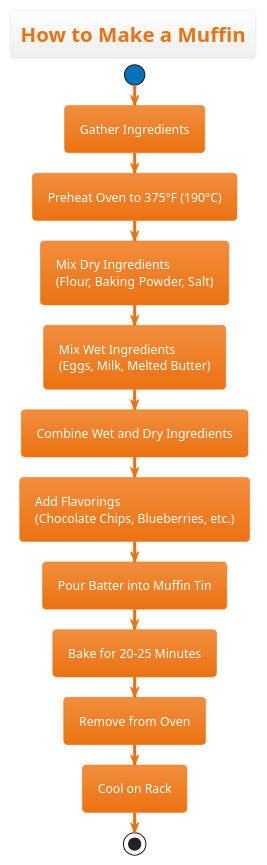
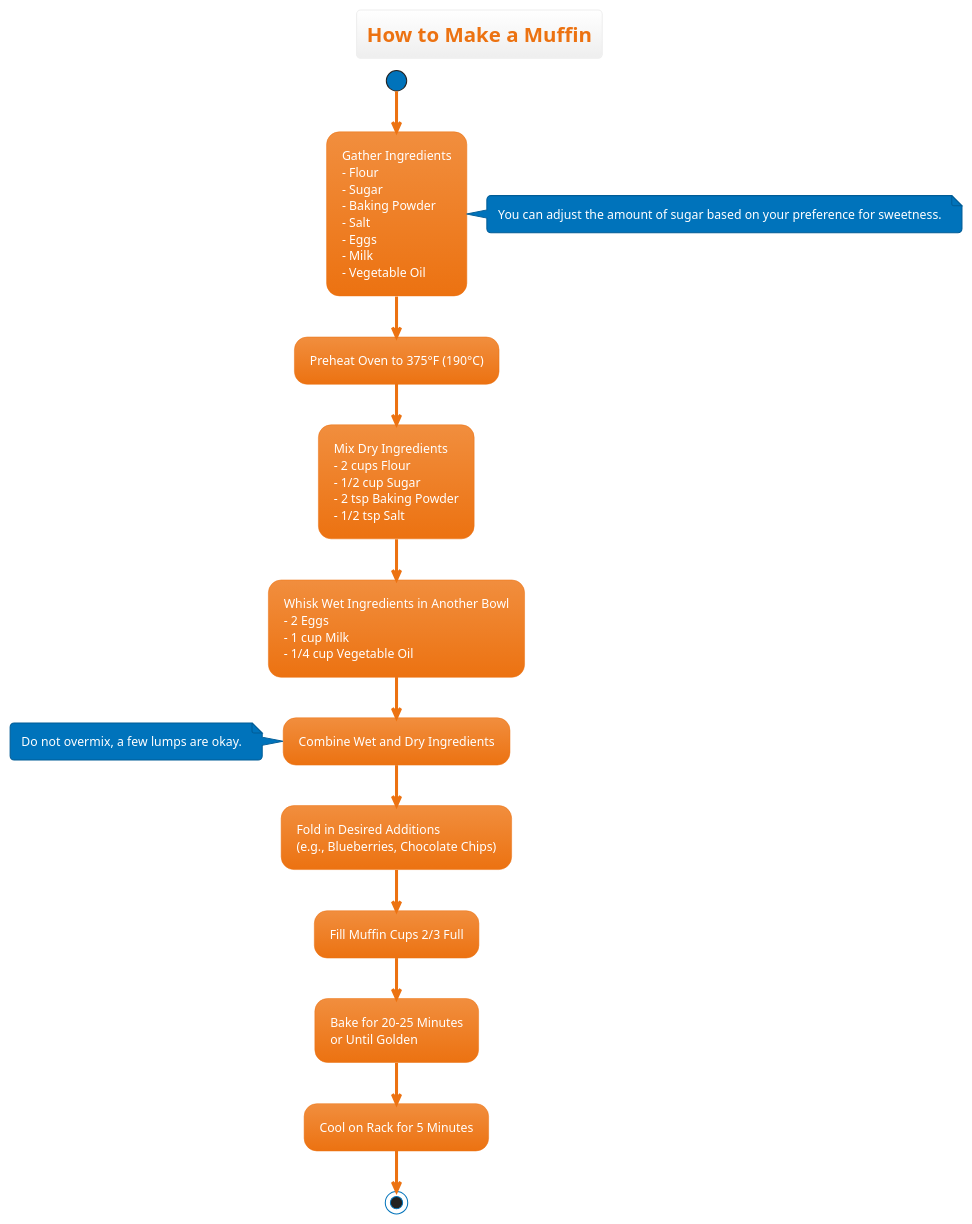
One commit to GrandPurpleOcelot/prompt_to_diagram changed the diagram in temp.puml. Above: the diagram before and after it, drawn with PlantUML. The commit also changed 1 other file, not shown here.

Commit message:
updated diagram_agent

```diff
--- a/temp.puml
+++ b/temp.puml
@@ -2,20 +2,34 @@
 @startuml
 !theme aws-orange
 
 title How to Make a Muffin
 
-start
+(*) --> "Gather Ingredients\n- Flour\n- Sugar\n- Baking Powder\n- Salt\n- Eggs\n- Milk\n- Vegetable Oil"
 
-:Gather Ingredients;
-:Preheat Oven to 375°F (190°C);
-:Mix Dry Ingredients\n(Flour, Baking Powder, Salt);
-:Mix Wet Ingredients\n(Eggs, Milk, Melted Butter);
-:Combine Wet and Dry Ingredients;
-:Add Flavorings\n(Chocolate Chips, Blueberries, etc.);
-:Pour Batter into Muffin Tin;
-:Bake for 20-25 Minutes;
-:Remove from Oven;
-:Cool on Rack;
-stop
+note right
+  You can adjust the amount of sugar based on your preference for sweetness.
+end note
+
+--> "Preheat Oven to 375°F (190°C)"
+
+--> "Mix Dry Ingredients\n- 2 cups Flour\n- 1/2 cup Sugar\n- 2 tsp Baking Powder\n- 1/2 tsp Salt"
+
+--> "Whisk Wet Ingredients in Another Bowl\n- 2 Eggs\n- 1 cup Milk\n- 1/4 cup Vegetable Oil"
+
+--> "Combine Wet and Dry Ingredients"
+
+note left
+  Do not overmix, a few lumps are okay.
+end note
+
+--> "Fold in Desired Additions\n(e.g., Blueberries, Chocolate Chips)"
+
+--> "Fill Muffin Cups 2/3 Full"
+
+--> "Bake for 20-25 Minutes\nor Until Golden"
+
+--> "Cool on Rack for 5 Minutes"
+
+--> (*)
 
 @enduml
```
